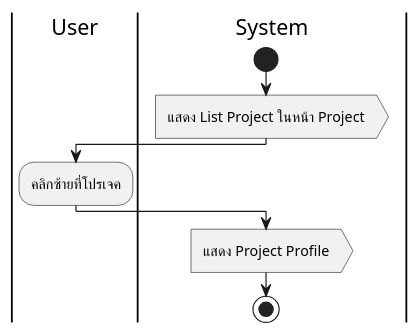
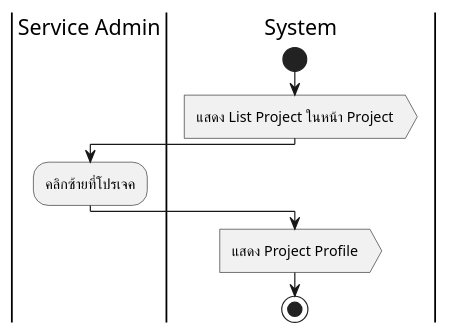
One commit to Meenkonlapat/RPA-Project changed the diagram in User Activity/Process 4 Create Template/u2-view Data in Project.wsd. Above: the diagram before and after it, drawn with PlantUML. The commit also changed 19 other files, not shown here.

```diff
--- a/User Activity/Process 4 Create Template/u2-view Data in Project.wsd
+++ b/User Activity/Process 4 Create Template/u2-view Data in Project.wsd
@@ -1,11 +1,11 @@
 @startuml
-|User|
+|Service Admin|
 |System|
 start
 :แสดง List Project ในหน้า Project>
-|User|
+|Service Admin|
 :คลิกซ้ายที่โปรเจค;
 |System|
 :แสดง Project Profile>
 stop
 @enduml
```
